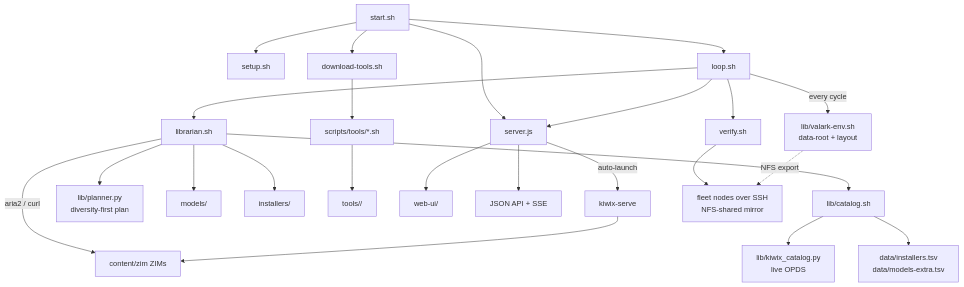
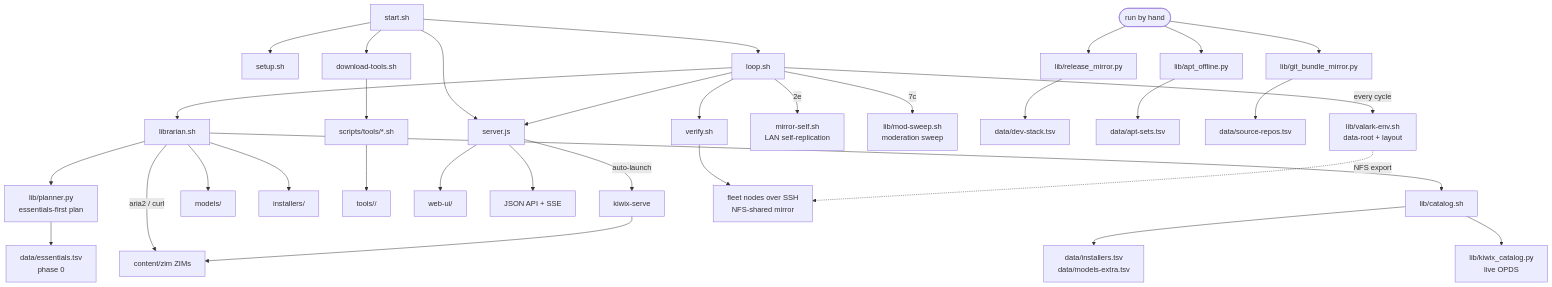
Before and after one commit to mvalancy/val-ark: the diagram in scripts/README.md, drawn with Mermaid. The commit also changed other lines of this file and 34 other files, not shown here.

First line of the commit message:
Release 0.1.27 — static browse pages, model scout, speech + vision first, docs refresh (#266)

````diff
--- a/scripts/README.md
+++ b/scripts/README.md
@@ -9,32 +9,40 @@
 ```mermaid
 flowchart TD
     start[start.sh] --> setup[setup.sh]
     start --> dt[download-tools.sh]
     start --> srv[server.js]
     start --> loop[loop.sh]
 
     loop -->|every cycle| env[lib/valark-env.sh<br/>data-root + layout]
     loop --> lib[librarian.sh]
     loop --> vfy[verify.sh]
     loop --> srv
 
     lib --> cat[lib/catalog.sh]
-    lib --> plan[lib/planner.py<br/>diversity-first plan]
+    lib --> plan[lib/planner.py<br/>essentials-first plan]
+    plan --> ess[data/essentials.tsv<br/>phase 0]
     cat --> kiwix[lib/kiwix_catalog.py<br/>live OPDS]
     cat --> tsv[data/installers.tsv<br/>data/models-extra.tsv]
+
+    loop -->|2e| self[mirror-self.sh<br/>LAN self-replication]
+    loop -->|7c| sweep[lib/mod-sweep.sh<br/>moderation sweep]
+
+    manual([run by hand]) --> rel[lib/release_mirror.py] --> devtsv[data/dev-stack.tsv]
+    manual --> apt[lib/apt_offline.py] --> apttsv[data/apt-sets.tsv]
+    manual --> gb[lib/git_bundle_mirror.py] --> srctsv[data/source-repos.tsv]
 
     lib -->|aria2 / curl| zim[content/zim ZIMs]
     lib --> models[models/]
     lib --> inst[installers/]
 
     dt --> tools[scripts/tools/*.sh]
     tools --> toolbins[tools/<platform>/]
 
     srv --> webui[web-ui/]
     srv --> api[JSON API + SSE]
     srv -->|auto-launch| ks[kiwix-serve]
     ks --> zim
 
     vfy --> fleet[fleet nodes over SSH<br/>NFS-shared mirror]
     env -.->|NFS export| fleet
 ```
````
